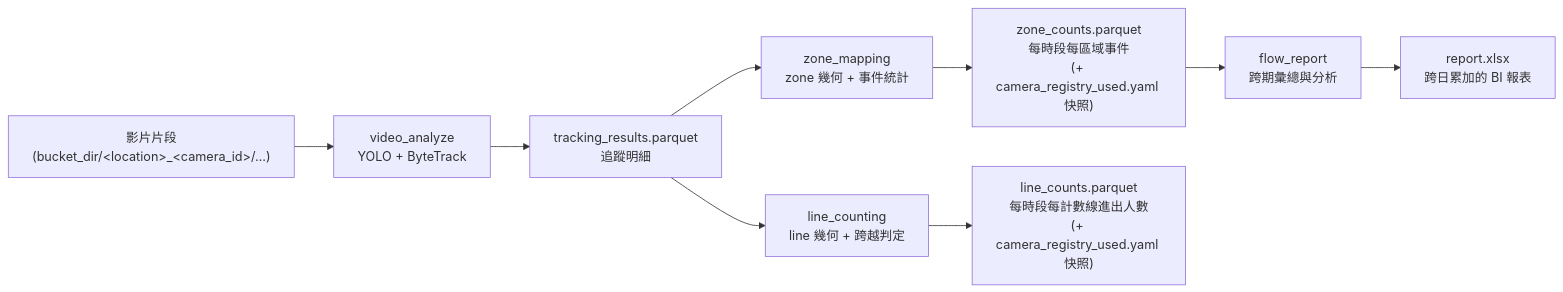
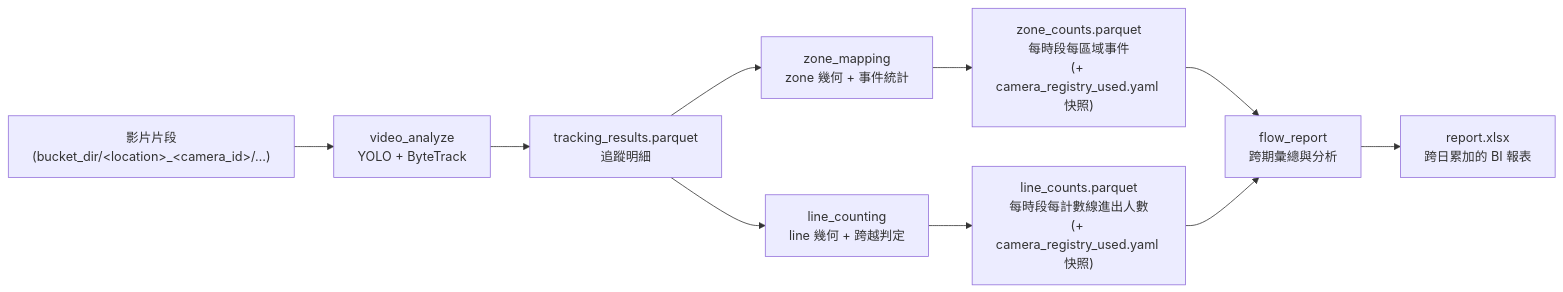
One commit to ivansu-eslite/video-flow-analytics changed the diagram in README.md. Above: the diagram before and after it, drawn with Mermaid. The commit also changed other lines of this file and 8 other files, not shown here.

First line of the commit message:
feat(flow-report): 串接 line_counting，報表加入出入口三個分頁

````diff
--- a/README.md
+++ b/README.md
@@ -38,15 +38,15 @@
 ```mermaid
 flowchart LR
     V["影片片段<br/>(bucket_dir/&lt;location&gt;_&lt;camera_id&gt;/…)"]
     A["video_analyze<br/>YOLO + ByteTrack"]
     T["tracking_results.parquet<br/>追蹤明細"]
     Z["zone_mapping<br/>zone 幾何 + 事件統計"]
     C["zone_counts.parquet<br/>每時段每區域事件<br/>(+ camera_registry_used.yaml 快照)"]
     L["line_counting<br/>line 幾何 + 跨越判定"]
     N["line_counts.parquet<br/>每時段每計數線進出人數<br/>(+ camera_registry_used.yaml 快照)"]
     R["flow_report<br/>跨期彙總與分析"]
     X["report.xlsx<br/>跨日累加的 BI 報表"]
 
     V --> A --> T --> Z --> C --> R --> X
-    T --> L --> N
+    T --> L --> N --> R
 ```
````
